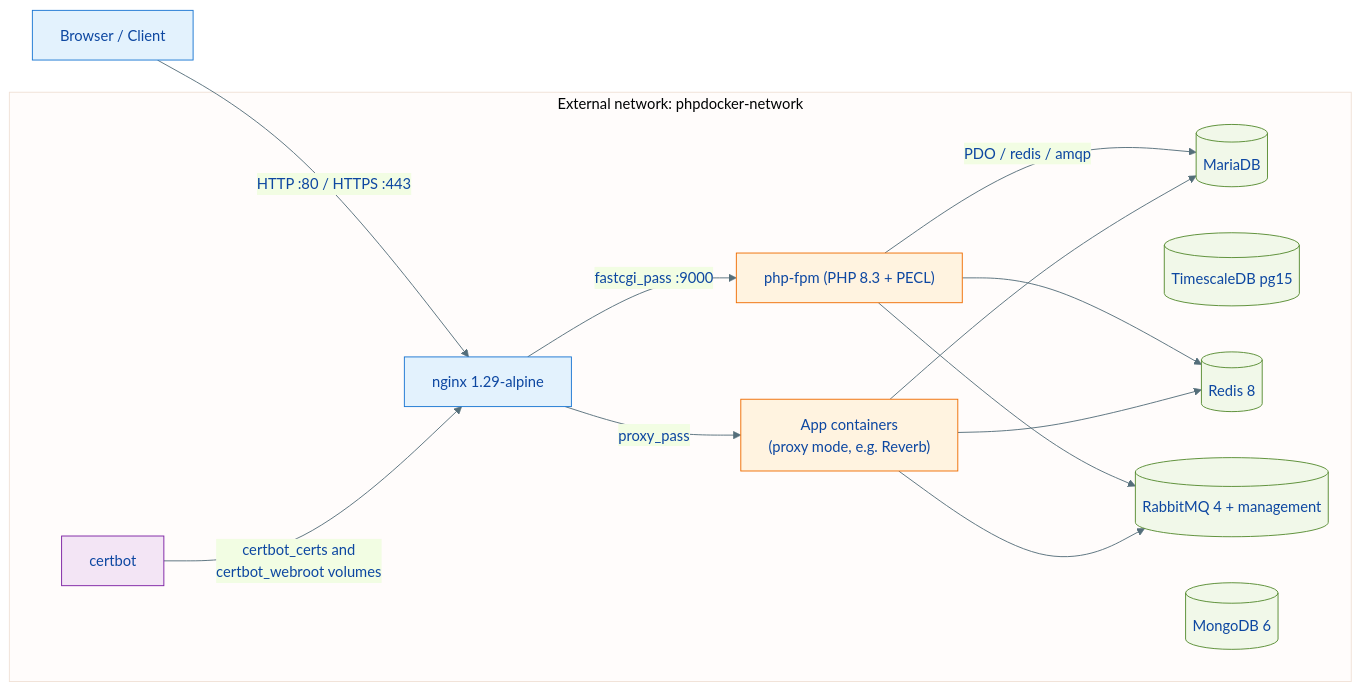
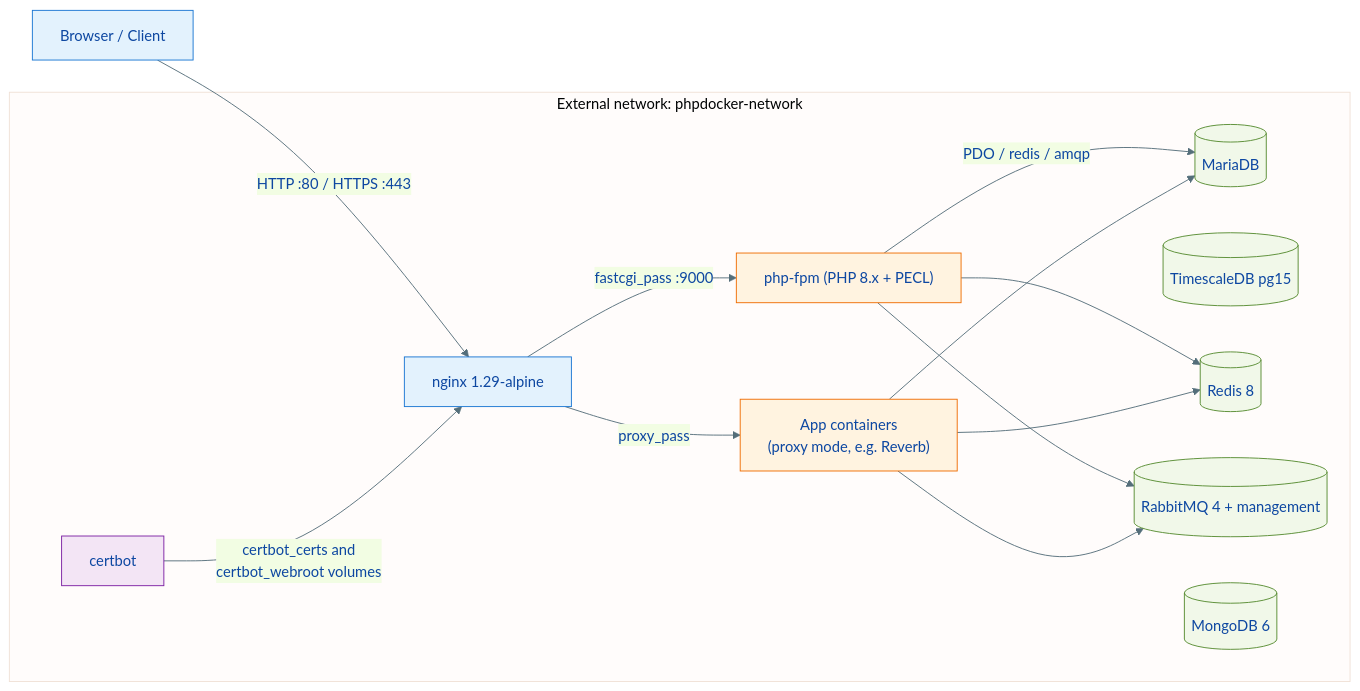
The first of 3 diagrams in docs/architecture.md (giacomeli/makephp), drawn with Mermaid before and after one commit. The commit also changed other lines of this file and 6 other files, not shown here.

````diff
--- a/docs/architecture.md
+++ b/docs/architecture.md
@@ -12,36 +12,36 @@
 ```mermaid
 %%{init: {'theme':'base','themeVariables':{'primaryColor':'#E3F2FD','primaryTextColor':'#0D47A1','primaryBorderColor':'#1976D2','lineColor':'#546E7A'}}}%%
 flowchart LR
     accTitle: makephp service topology
     accDescr: HTTP clients reach nginx, which forwards to php-fpm over FastCGI or to app containers via reverse proxy. All services share the external phpdocker-network Docker network. Certbot shares certificate volumes with nginx.
 
     classDef edge fill:#E3F2FD,stroke:#1976D2
     classDef app fill:#FFF3E0,stroke:#EF6C00
     classDef infra fill:#F1F8E9,stroke:#558B2F
     classDef aux fill:#F3E5F5,stroke:#7B1FA2
 
     CLIENT["Browser / Client"]:::edge
 
     subgraph NET["External network: phpdocker-network"]
         NGINX["nginx 1.29-alpine"]:::edge
-        FPM["php-fpm (PHP 8.3 + PECL)"]:::app
+        FPM["php-fpm (PHP 8.x + PECL)"]:::app
         APPS["App containers<br>(proxy mode, e.g. Reverb)"]:::app
         MDB[("MariaDB")]:::infra
         PG[("TimescaleDB pg15")]:::infra
         RD[("Redis 8")]:::infra
         RMQ[("RabbitMQ 4 + management")]:::infra
         MG[("MongoDB 6")]:::infra
         CB["certbot"]:::aux
     end
 
     CLIENT -- "HTTP :80 / HTTPS :443" --> NGINX
     NGINX -- "fastcgi_pass :9000" --> FPM
     NGINX -- "proxy_pass" --> APPS
     FPM -- "PDO / redis / amqp" --> MDB
     FPM --> RD
     FPM --> RMQ
     APPS --> MDB
     APPS --> RD
     APPS --> RMQ
     CB -- "certbot_certs and<br>certbot_webroot volumes" --> NGINX
 ```
````
